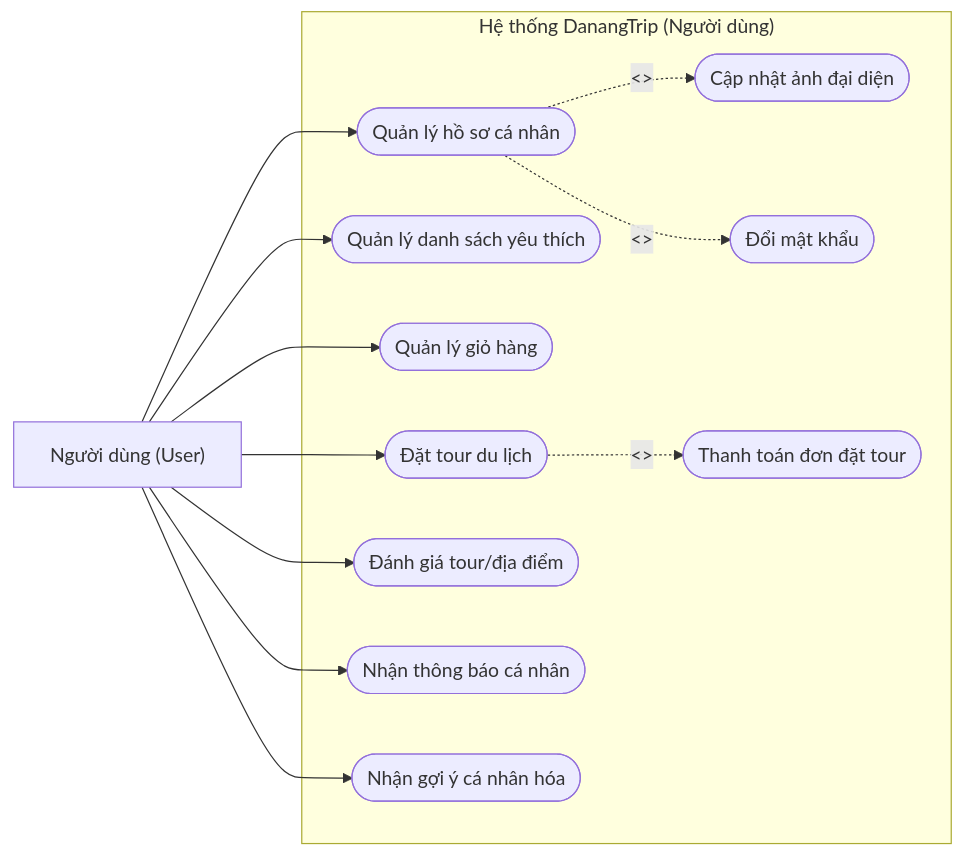
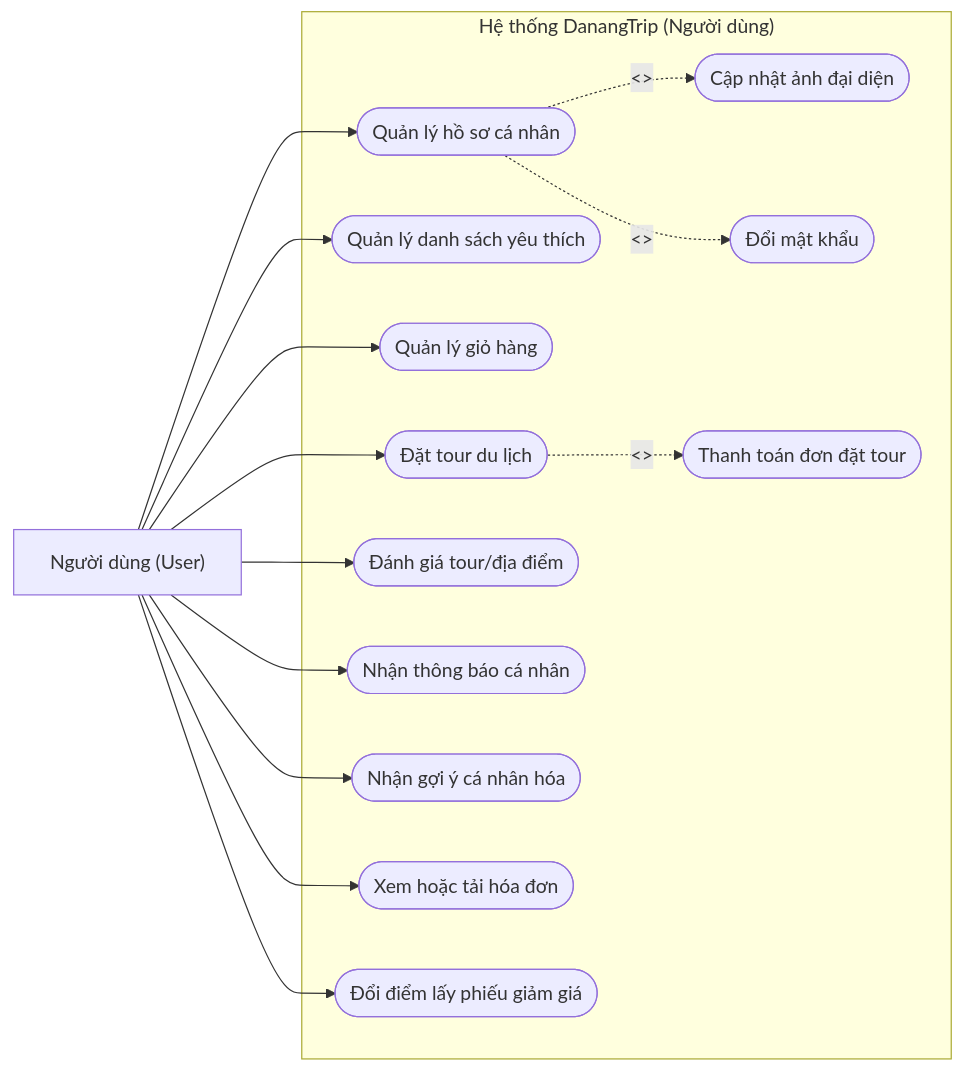
Before and after one commit to TayDuyNguyen/DATN_Document: the second of 10 diagrams in bao-cao-do-an-danangtrip-md/03_chuong_2_phan_tich_thiet_ke_he_thong.md, drawn with Mermaid. The commit also changed other lines of this file and 5 other files, not shown here.

````diff
--- a/bao-cao-do-an-danangtrip-md/03_chuong_2_phan_tich_thiet_ke_he_thong.md
+++ b/bao-cao-do-an-danangtrip-md/03_chuong_2_phan_tich_thiet_ke_he_thong.md
@@ -118,27 +117,31 @@
 ```mermaid
 flowchart LR
     subgraph HeThongUser ["Hệ thống DanangTrip (Người dùng)"]
         UC18(["Quản lý hồ sơ cá nhân"])
         UC19(["Cập nhật ảnh đại diện"])
         UC20(["Đổi mật khẩu"])
         UC21(["Quản lý danh sách yêu thích"])
         UC22(["Quản lý giỏ hàng"])
         UC05(["Đặt tour du lịch"])
         UC06(["Thanh toán đơn đặt tour"])
         UC07(["Đánh giá tour/địa điểm"])
         UC23(["Nhận thông báo cá nhân"])
         UC24(["Nhận gợi ý cá nhân hóa"])
+        UC32(["Xem hoặc tải hóa đơn"])
+        UC34(["Đổi điểm lấy phiếu giảm giá"])
 
         UC18 -.->|"<<include>>"| UC19
         UC18 -.->|"<<include>>"| UC20
         UC05 -.->|"<<include>>"| UC06
     end
 
     User["Người dùng (User)"] --> UC18
     User --> UC21
     User --> UC22
     User --> UC05
     User --> UC07
     User --> UC23
     User --> UC24
+    User --> UC32
+    User --> UC34
 ```
````
